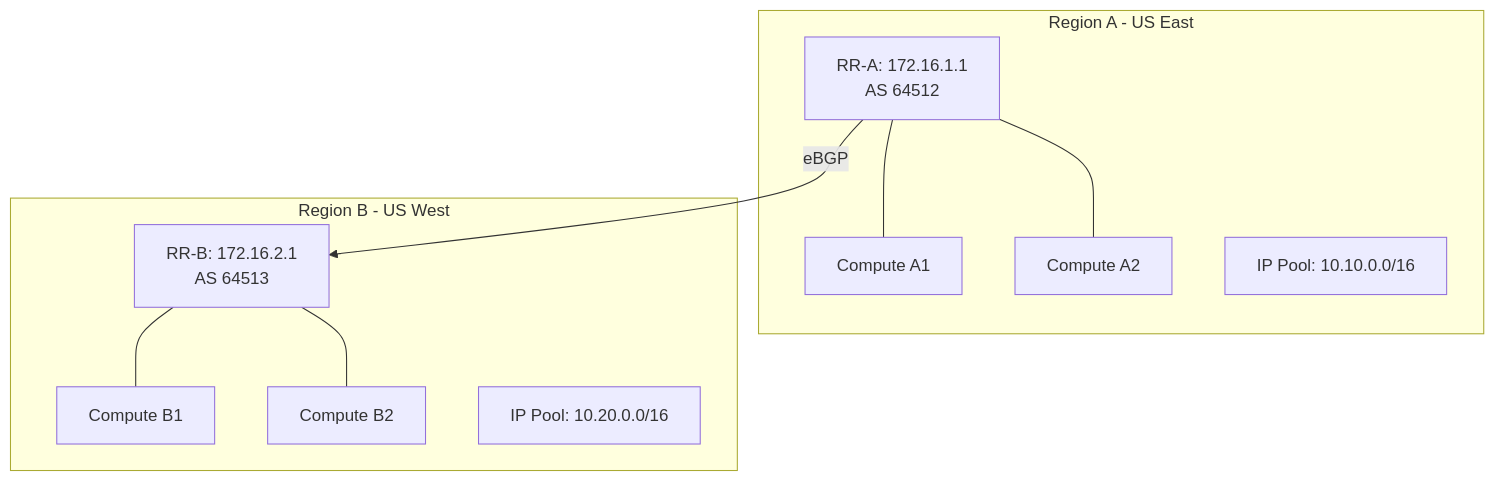
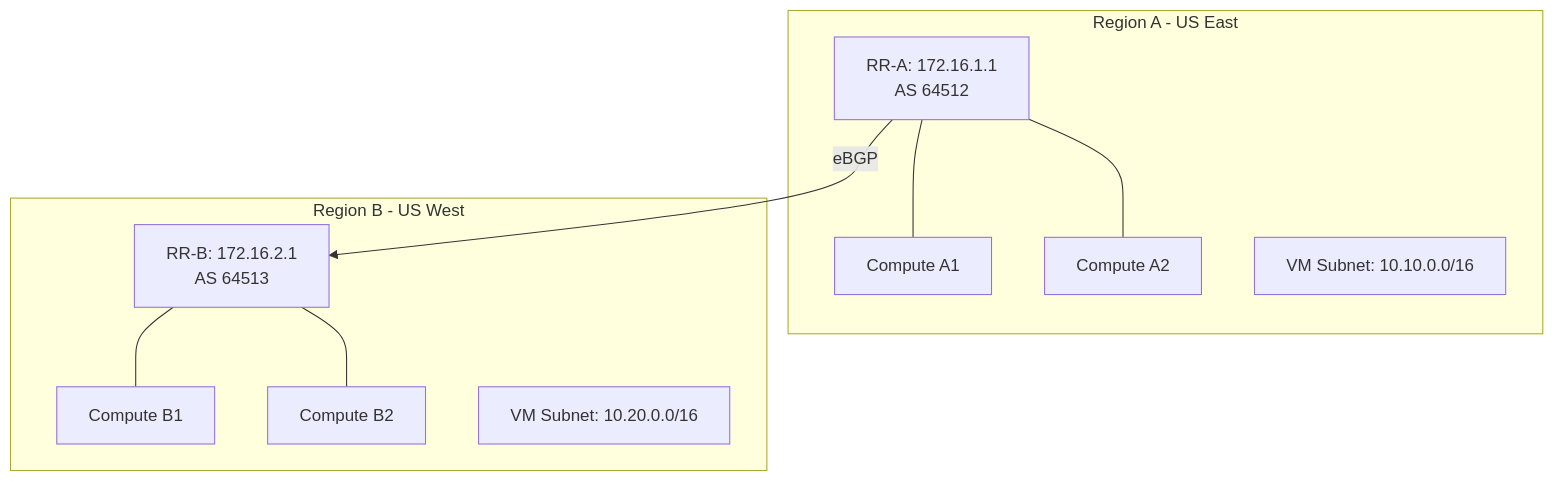
One commit to OneUptime/blog changed the diagram in posts/2026-03-14-document-openstack-multiple-regions-calico/README.md. Above: the diagram before and after it, drawn with Mermaid. The commit also changed other lines of this file and 2 other files, not shown here.

````diff
--- a/posts/2026-03-14-document-openstack-multiple-regions-calico/README.md
+++ b/posts/2026-03-14-document-openstack-multiple-regions-calico/README.md
@@ -29,20 +30,20 @@
 ```mermaid
 graph TD
     subgraph "Region A - US East"
         A_RR[RR-A: 172.16.1.1<br>AS 64512]
         A_C1[Compute A1]
         A_C2[Compute A2]
         A_RR --- A_C1
         A_RR --- A_C2
-        A_POOL[IP Pool: 10.10.0.0/16]
+        A_POOL[VM Subnet: 10.10.0.0/16]
     end
     subgraph "Region B - US West"
         B_RR[RR-B: 172.16.2.1<br>AS 64513]
         B_C1[Compute B1]
         B_C2[Compute B2]
         B_RR --- B_C1
         B_RR --- B_C2
-        B_POOL[IP Pool: 10.20.0.0/16]
+        B_POOL[VM Subnet: 10.20.0.0/16]
     end
     A_RR -->|eBGP| B_RR
 ```
````
